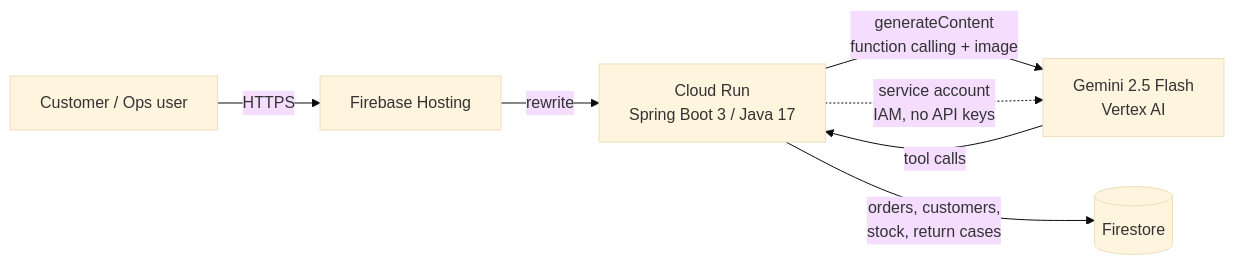
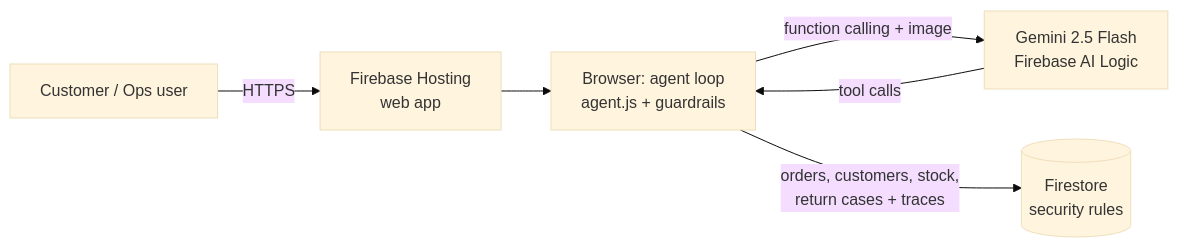
One commit to Tilak369/returnwise changed the first of 2 diagrams in README.md. Above: the diagram before and after it, drawn with Mermaid (base theme). The commit also changed other lines of this file and 16 other files, not shown here.

First line of the commit message:
Add Firebase (Spark plan) deployment: in-browser agent with Firebase AI Logic + Firestore

````diff
--- a/README.md
+++ b/README.md
@@ -19,9 +34,8 @@
 ```mermaid
 flowchart LR
-    U[Customer / Ops user] -->|HTTPS| FH[Firebase Hosting]
-    FH -->|rewrite| CR[Cloud Run<br/>Spring Boot 3 / Java 17]
-    CR -->|generateContent<br/>function calling + image| G[Gemini 2.5 Flash<br/>Vertex AI]
-    G -->|tool calls| CR
-    CR -->|orders, customers,<br/>stock, return cases| FS[(Firestore)]
-    CR -.->|service account<br/>IAM, no API keys| G
+    U[Customer / Ops user] -->|HTTPS| FH[Firebase Hosting<br/>web app]
+    FH --> B[Browser: agent loop<br/>agent.js + guardrails]
+    B -->|function calling + image| G[Gemini 2.5 Flash<br/>Firebase AI Logic]
+    G -->|tool calls| B
+    B -->|orders, customers, stock,<br/>return cases + traces| FS[(Firestore<br/>security rules)]
 ```
````
